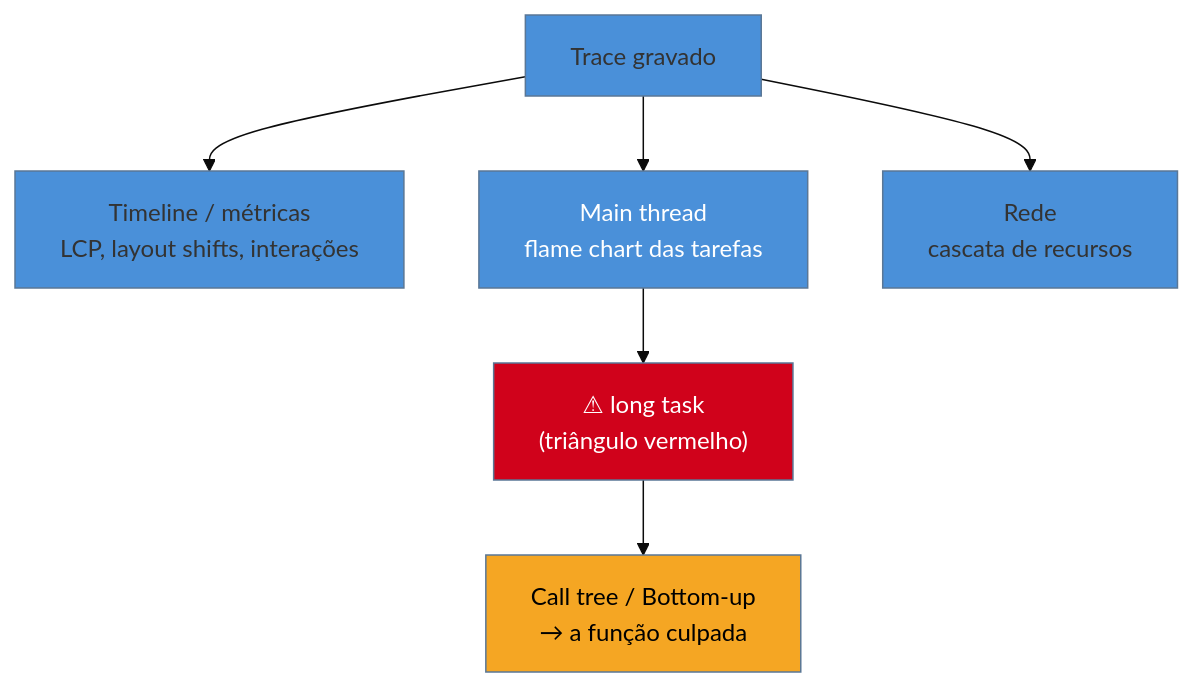
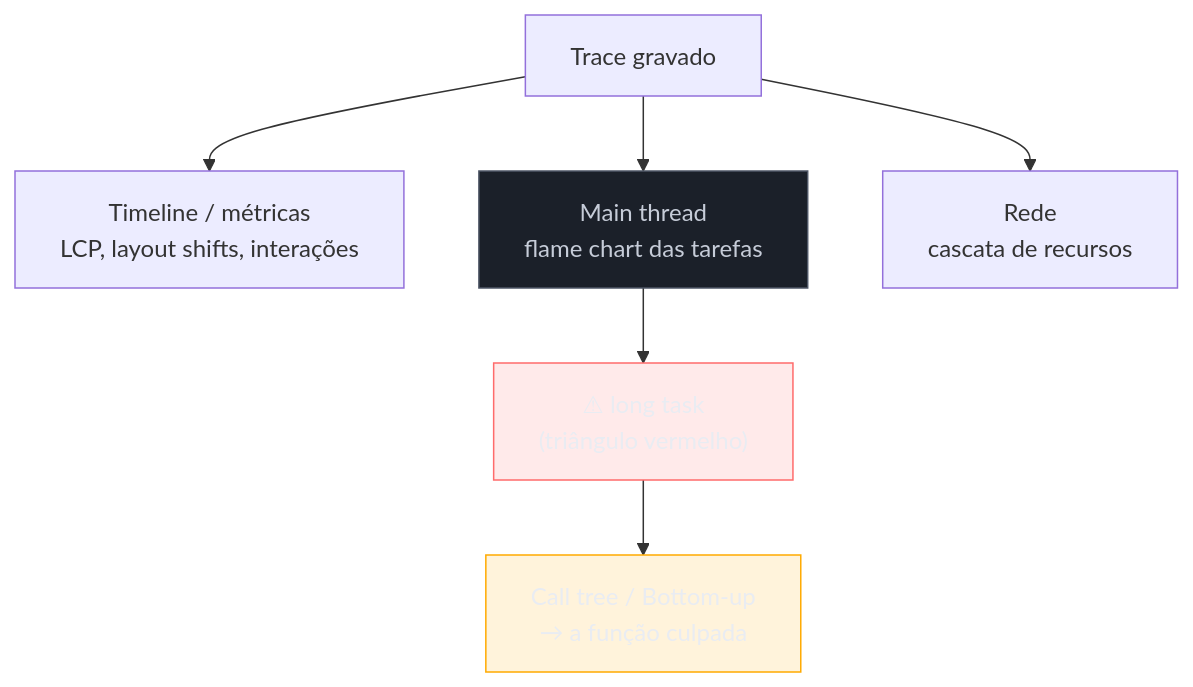
One commit to josenaldo/codex-technomanticus changed the diagram in 03-Dominios/Tecnologia/Web Performance/Performance em Produção/06 - Diagnóstico avançado no DevTools.md. Above: the diagram before and after it, drawn with Mermaid. The commit also changed 1181 other files, not shown here.

First line of the commit message:
fix(diagramas): paleta do sistema no lugar de cor cravada no markdown

````diff
--- a/03-Dominios/Tecnologia/Web Performance/Performance em Produção/06 - Diagnóstico avançado no DevTools.md
+++ b/03-Dominios/Tecnologia/Web Performance/Performance em Produção/06 - Diagnóstico avançado no DevTools.md
@@ -37,12 +37,14 @@
 ```mermaid
-%%{init: {"theme": "base", "themeVariables": {"primaryColor": "#4A90D9"}}}%%
 graph TB
+    classDef neutro fill:#1B2029,stroke:#4E5666,color:#C6CCD8
+    classDef falha fill:#FF6B6B24,stroke:#FF6B6B,color:#E9ECF2
+    classDef destaque fill:#FFAA0024,stroke:#FFAA00,color:#E9ECF2
     A[Trace gravado] --> B["Timeline / métricas<br/>LCP, layout shifts, interações"]
     A --> C["Main thread<br/>flame chart das tarefas"]
     A --> D["Rede<br/>cascata de recursos"]
     C --> E["⚠ long task<br/>(triângulo vermelho)"]
     E --> F["Call tree / Bottom-up<br/>→ a função culpada"]
-    style C fill:#4A90D9,color:#fff
-    style E fill:#D0021B,color:#fff
-    style F fill:#F5A623,color:#000
+    class C neutro
+    class E falha
+    class F destaque
 ```
````
